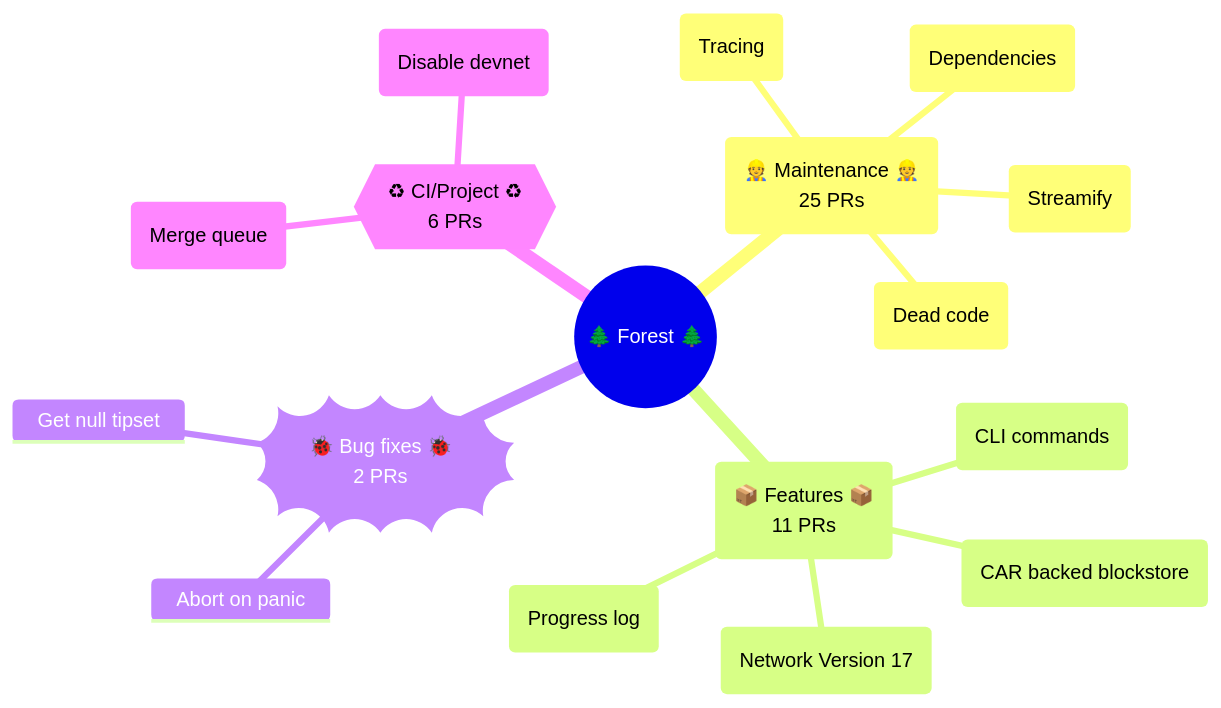
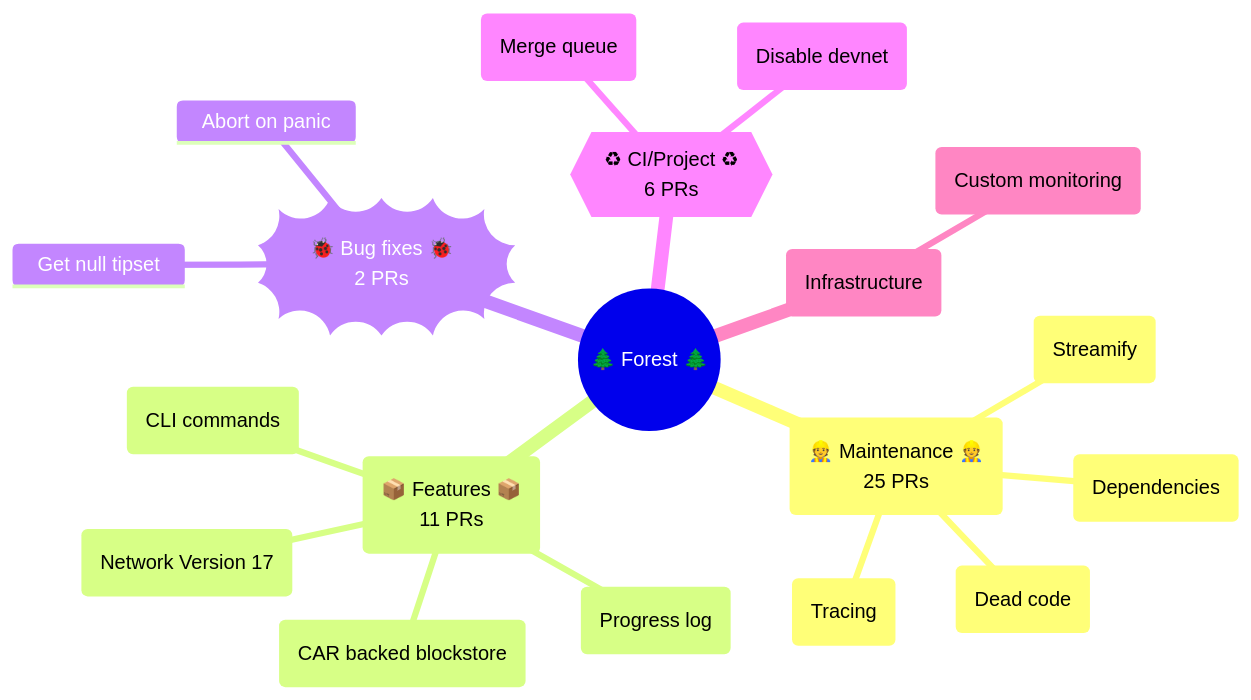
The first of 2 diagrams in documentation/mindmaps/2023-07-14.md (ChainSafe/forest), drawn with Mermaid before and after one commit.

````diff
--- a/documentation/mindmaps/2023-07-14.md
+++ b/documentation/mindmaps/2023-07-14.md
@@ -3,20 +3,22 @@
 ```mermaid
 mindmap
   root((🌲 Forest 🌲))
     id(👷 Maintenance 👷<br>25 PRs)
       (Dead code)
       (Dependencies)
       (Streamify)
       (Tracing)
     id(📦 Features 📦<br>11 PRs)
       (CLI commands)
       (CAR backed blockstore)
       (Network Version 17)
       (Progress log)
     id))🐞 Bug fixes 🐞<br>2 PRs((
       Abort on panic
       Get null tipset
     id{{♻ CI/Project ♻<br>6 PRs}}
       (Merge queue)
       (Disable devnet)
+    id(Infrastructure)
+      (Custom monitoring)
 ```
````
